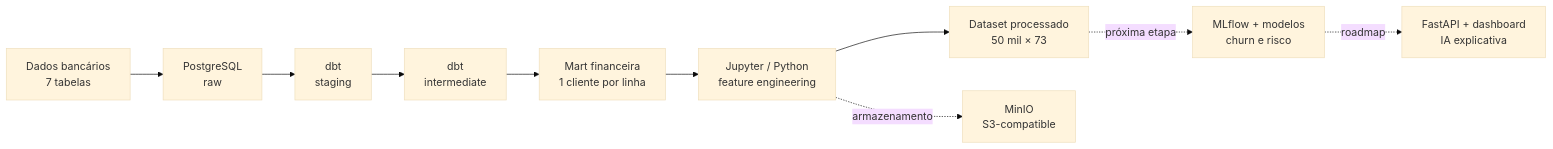
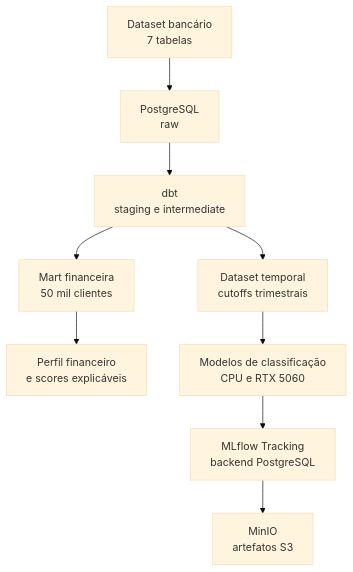
One commit to isaiasjusto/finpulse-ai changed the diagram in README.md. Above: the diagram before and after it, drawn with Mermaid (base theme). The commit also changed other lines of this file, not shown here.

Commit message:
update README with temporal modeling and MLOps progress

````diff
--- a/README.md
+++ b/README.md
@@ -38,12 +66,11 @@
 ```mermaid
-flowchart LR
-    A["Dados bancários<br/>7 tabelas"] --> B["PostgreSQL<br/>raw"]
-    B --> C["dbt<br/>staging"]
-    C --> D["dbt<br/>intermediate"]
-    D --> E["Mart financeira<br/>1 cliente por linha"]
-    E --> F["Jupyter / Python<br/>feature engineering"]
-    F --> G["Dataset processado<br/>50 mil × 73"]
-    G -. próxima etapa .-> H["MLflow + modelos<br/>churn e risco"]
-    H -. roadmap .-> I["FastAPI + dashboard<br/>IA explicativa"]
-    F -. armazenamento .-> J["MinIO<br/>S3-compatible"]
+flowchart TD
+    A["Dataset bancário<br/>7 tabelas"] --> B["PostgreSQL<br/>raw"]
+    B --> C["dbt<br/>staging e intermediate"]
+    C --> D["Mart financeira<br/>50 mil clientes"]
+    C --> E["Dataset temporal<br/>cutoffs trimestrais"]
+    D --> F["Perfil financeiro<br/>e scores explicáveis"]
+    E --> G["Modelos de classificação<br/>CPU e RTX 5060"]
+    G --> H["MLflow Tracking<br/>backend PostgreSQL"]
+    H --> I["MinIO<br/>artefatos S3"]
 ```
````
